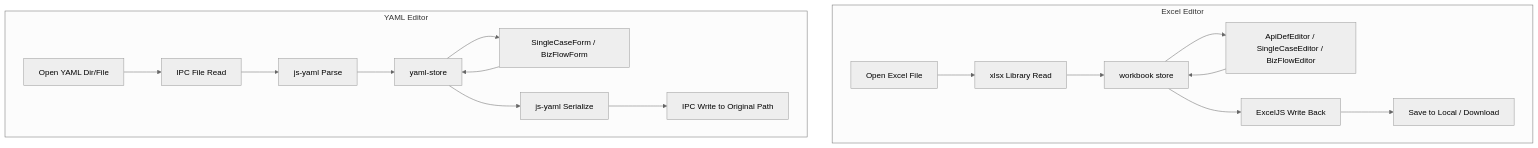
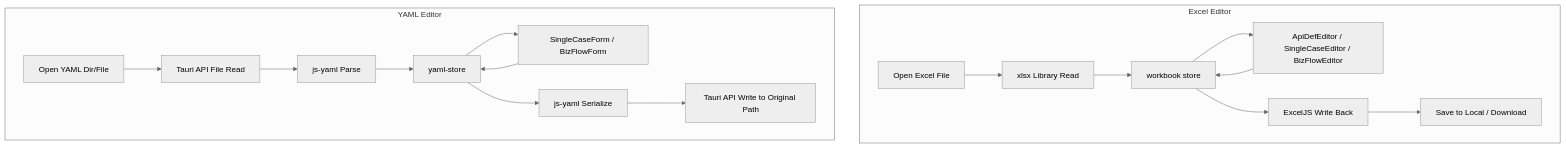
The second of 2 diagrams in case-editor/README.en.md (Remon-16/flow-forge), drawn with Mermaid (neutral theme) before and after one commit. The commit also changed other lines of this file and 42 other files, not shown here.

````diff
--- a/case-editor/README.en.md
+++ b/case-editor/README.en.md
@@ -97,21 +97,21 @@
 ```mermaid
 graph TD
     subgraph Excel Editor
         OPEN_E[Open Excel File] --> READ_E[xlsx Library Read]
         READ_E --> STORE_E[workbook store]
         STORE_E --> EDITORS[ApiDefEditor / SingleCaseEditor / BizFlowEditor]
         EDITORS --> STORE_E
         STORE_E --> WRITE_E[ExcelJS Write Back]
         WRITE_E --> SAVE_E[Save to Local / Download]
     end
 
     subgraph YAML Editor
-        OPEN_Y[Open YAML Dir/File] --> READ_Y[IPC File Read]
+        OPEN_Y[Open YAML Dir/File] --> READ_Y[Tauri API File Read]
         READ_Y --> PARSE_Y[js-yaml Parse]
         PARSE_Y --> STORE_Y[yaml-store]
         STORE_Y --> FORMS[SingleCaseForm / BizFlowForm]
         FORMS --> STORE_Y
         STORE_Y --> STRINGIFY[js-yaml Serialize]
-        STRINGIFY --> WRITE_Y[IPC Write to Original Path]
+        STRINGIFY --> WRITE_Y[Tauri API Write to Original Path]
     end
 ```
````
